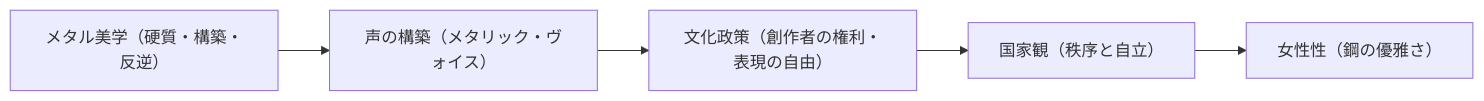
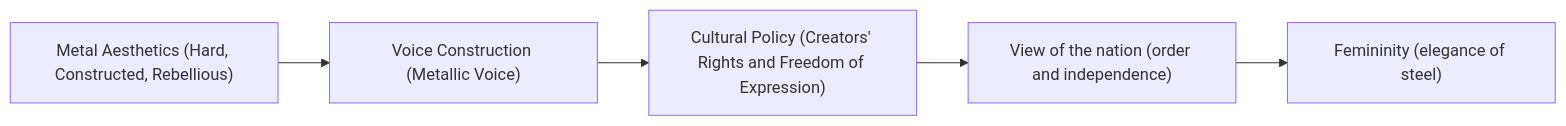
The third of 3 diagrams in en/_posts/2025-10-25-column-takaichi-metal.md (monumental-movement/monumental-movement.github.io), drawn with Mermaid before and after one commit. The commit also changed other lines of this file and 152 other files, not shown here.

```diff
--- a/en/_posts/2025-10-25-column-takaichi-metal.md
+++ b/en/_posts/2025-10-25-column-takaichi-metal.md
@@ -149,12 +149,12 @@
 <div class="mermaid">
     
 flowchart LR
-    A["メタル美学（硬質・構築・反逆）"]
-    B["声の構築（メタリック・ヴォイス）"]
-    C["文化政策（創作者の権利・表現の自由）"]
-    D["国家観（秩序と自立）"]
-    E["女性性（鋼の優雅さ）"]
+    A["Metal Aesthetics (Hard, Constructed, Rebellious)"]
+    B["Voice Construction (Metallic Voice)"]
+    C["Cultural Policy (Creators' Rights and Freedom of Expression)"]
+    D["View of the nation (order and independence)"]
+    E["Femininity (elegance of steel)"]
 
     A --> B --> C --> D --> E
 
 </div>
```
